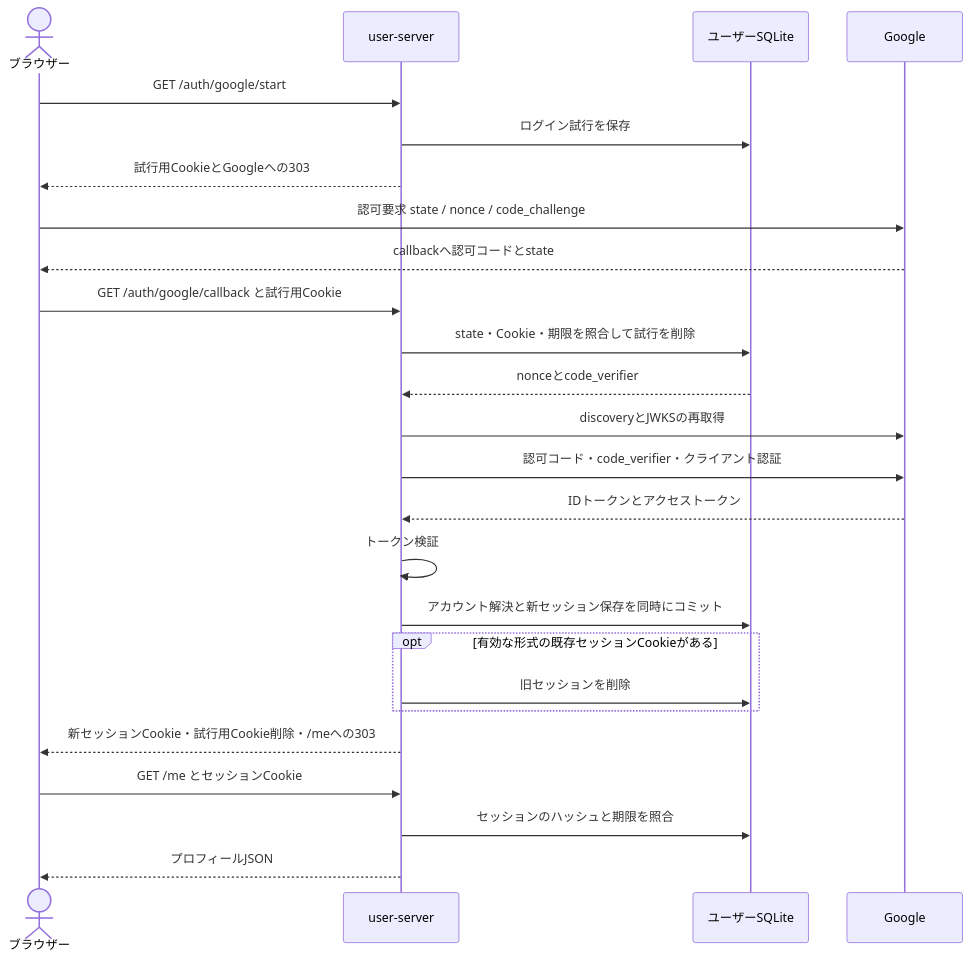
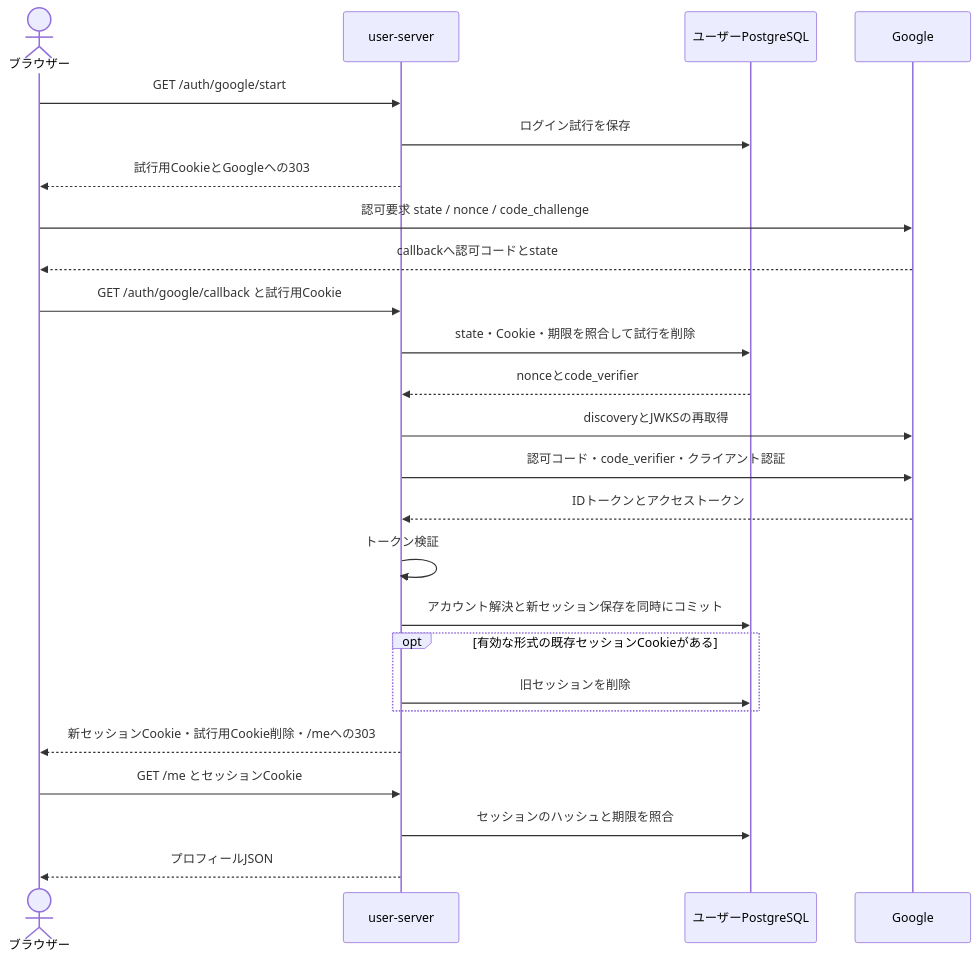
The diagram in docs/design/user-authentication.md (take44444/shogi-backend), drawn with Mermaid before and after one commit. The commit also changed other lines of this file and 45 other files, not shown here.

````diff
--- a/docs/design/user-authentication.md
+++ b/docs/design/user-authentication.md
@@ -53,27 +53,27 @@
 ```mermaid
 sequenceDiagram
     actor Browser as ブラウザー
     participant User as user-server
-    participant DB as ユーザーSQLite
+    participant DB as ユーザーPostgreSQL
     participant Google as Google
     Browser->>User: GET /auth/google/start
     User->>DB: ログイン試行を保存
     User-->>Browser: 試行用CookieとGoogleへの303
     Browser->>Google: 認可要求 state / nonce / code_challenge
     Google-->>Browser: callbackへ認可コードとstate
     Browser->>User: GET /auth/google/callback と試行用Cookie
     User->>DB: state・Cookie・期限を照合して試行を削除
     DB-->>User: nonceとcode_verifier
     User->>Google: discoveryとJWKSの再取得
     User->>Google: 認可コード・code_verifier・クライアント認証
     Google-->>User: IDトークンとアクセストークン
     User->>User: トークン検証
     User->>DB: アカウント解決と新セッション保存を同時にコミット
     opt 有効な形式の既存セッションCookieがある
         User->>DB: 旧セッションを削除
     end
     User-->>Browser: 新セッションCookie・試行用Cookie削除・/meへの303
     Browser->>User: GET /me とセッションCookie
     User->>DB: セッションのハッシュと期限を照合
     User-->>Browser: プロフィールJSON
 ```
````
